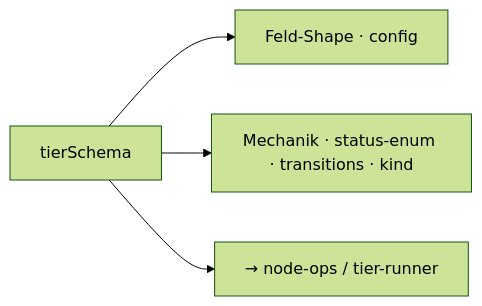
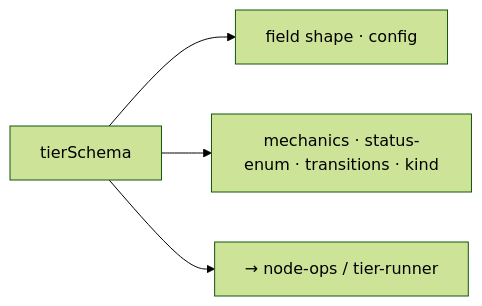
The diagram in docs/core/schema/tiers.md (chafoo/anchored), drawn with Mermaid (forest theme) before and after one commit. The commit also changed other lines of this file and 131 other files, not shown here.

````diff
--- a/docs/core/schema/tiers.md
+++ b/docs/core/schema/tiers.md
@@ -28,6 +28,6 @@
 ```mermaid
 flowchart LR
-    desc["tierSchema"] --> shape["Feld-Shape · config"]
-    desc --> mech["Mechanik · status-enum · transitions · kind"]
+    desc["tierSchema"] --> shape["field shape · config"]
+    desc --> mech["mechanics · status-enum · transitions · kind"]
     desc --> ops["→ node-ops / tier-runner"]
 ```
````
